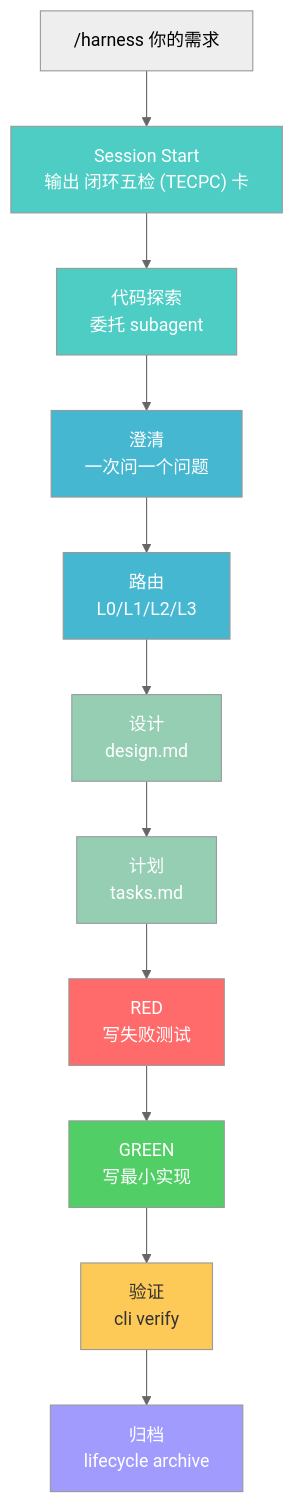
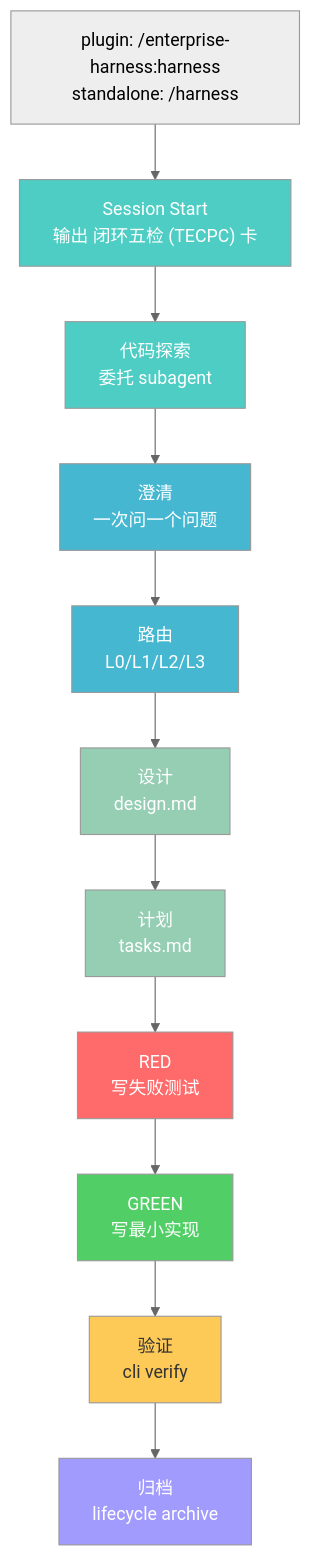
The diagram in README.md (Emtemf/enterprise-harness), drawn with Mermaid (neutral theme) before and after one commit. The commit also changed other lines of this file and 32 other files, not shown here.

````diff
--- a/README.md
+++ b/README.md
@@ -23,24 +23,24 @@
 ```mermaid
 graph TD
-    U["/harness 你的需求"] --> S["Session Start<br/>输出 闭环五检 (TECPC) 卡"]
+    U["plugin: /enterprise-harness:harness<br/>standalone: /harness"] --> S["Session Start<br/>输出 闭环五检 (TECPC) 卡"]
     S --> E["代码探索<br/>委托 subagent"]
     E --> C["澄清<br/>一次问一个问题"]
     C --> R["路由<br/>L0/L1/L2/L3"]
     R --> D["设计<br/>design.md"]
     D --> T["计划<br/>tasks.md"]
     T --> RED["RED<br/>写失败测试"]
     RED --> GREEN["GREEN<br/>写最小实现"]
     GREEN --> V["验证<br/>cli verify"]
     V --> A["归档<br/>lifecycle archive"]
 
     style S fill:#4ecdc4,color:#fff
     style E fill:#4ecdc4,color:#fff
     style C fill:#45b7d1,color:#fff
     style R fill:#45b7d1,color:#fff
     style D fill:#96ceb4,color:#fff
     style T fill:#96ceb4,color:#fff
     style RED fill:#ff6b6b,color:#fff
     style GREEN fill:#51cf66,color:#fff
     style V fill:#feca57,color:#333
     style A fill:#a29bfe,color:#fff
 ```
````
